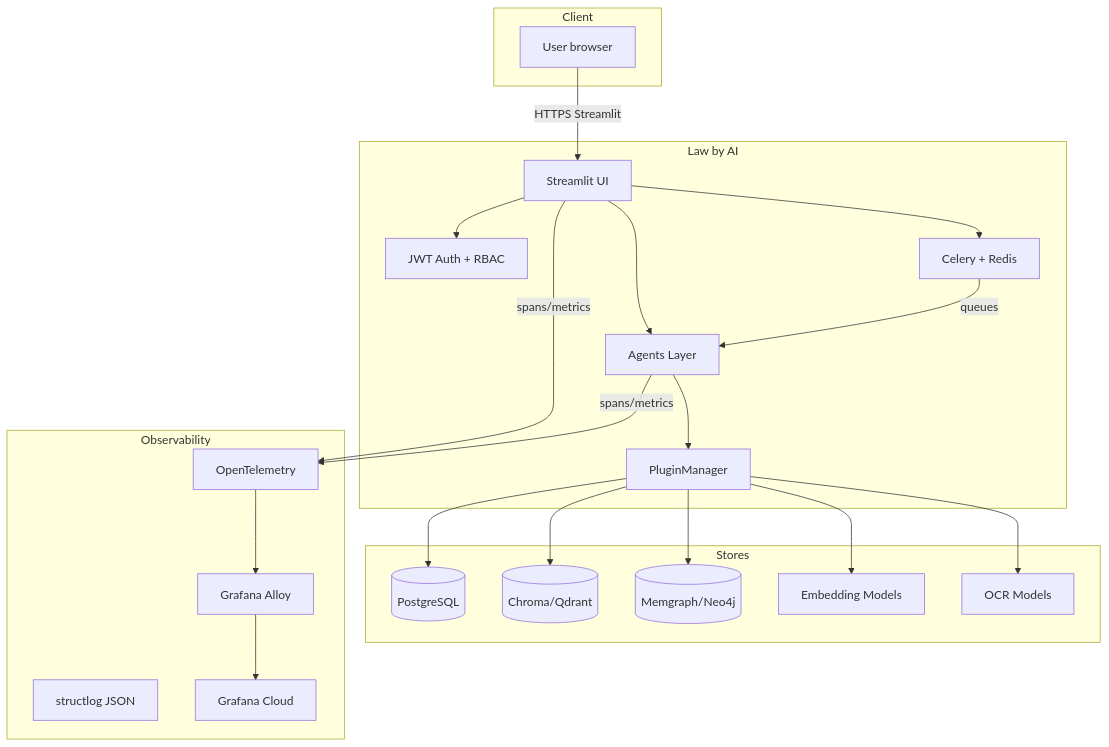
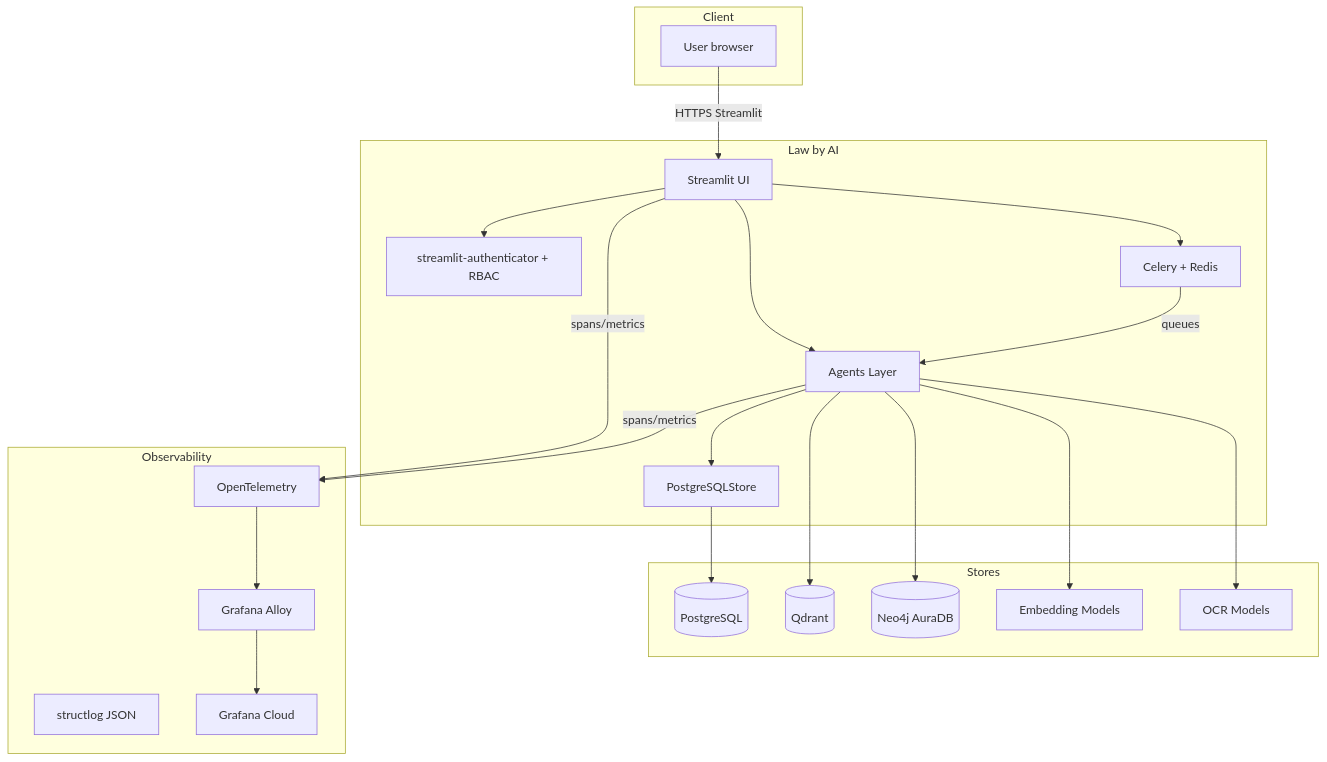
The third of 6 diagrams in docs/architecture.md (Stihotvor/law_by_ai), drawn with Mermaid before and after one commit. The commit also changed other lines of this file and 34 other files, not shown here.

````diff
--- a/docs/architecture.md
+++ b/docs/architecture.md
@@ -176,41 +149,41 @@
 ```mermaid
 graph TB
     subgraph Client
         User[User browser]
     end
     subgraph LawAI[Law by AI]
         UI[Streamlit UI]
-        Auth[JWT Auth + RBAC]
+        Auth[streamlit-authenticator + RBAC]
         Agents[Agents Layer]
-        PM[PluginManager]
+        Store[PostgreSQLStore]
         Celery[Celery + Redis]
     end
     subgraph Stores
         PG[(PostgreSQL)]
-        VDB[(Chroma/Qdrant)]
-        GDB[(Memgraph/Neo4j)]
+        VDB[(Qdrant)]
+        GDB[(Neo4j AuraDB)]
         EMB[Embedding Models]
         OCR[OCR Models]
     end
     subgraph Obs[Observability]
         Logs[structlog JSON]
         OTel[OpenTelemetry]
         Alloy[Grafana Alloy]
         Cloud[Grafana Cloud]
     end
 
     User -->|HTTPS Streamlit| UI
     UI --> Auth
     UI --> Celery
     UI --> Agents
-    Agents --> PM
-    PM --> PG
-    PM --> VDB
-    PM --> GDB
-    PM --> EMB
-    PM --> OCR
+    Agents --> Store
+    Agents --> VDB
+    Agents --> GDB
+    Agents --> EMB
+    Agents --> OCR
+    Store --> PG
     Celery -->|queues| Agents
     UI -->|spans/metrics| OTel
     Agents -->|spans/metrics| OTel
     OTel --> Alloy --> Cloud
 ```
````
